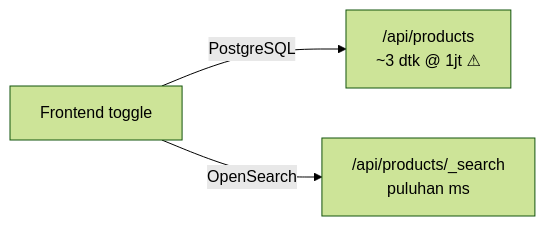
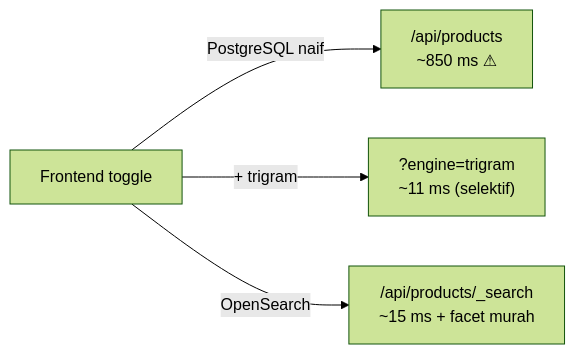
Before and after one commit to ProgrammerZamanNow/cqrs-demo: the ninth of 9 diagrams in SLIDE.md, drawn with Mermaid (forest theme). The commit also changed other lines of this file and 11 other files, not shown here.

First line of the commit message:
feat: PostgreSQL trigram engine, facet toggle & 3-engine compare

````diff
--- a/SLIDE.md
+++ b/SLIDE.md
@@ -306,6 +395,7 @@
 ```mermaid
 flowchart LR
     FE[Frontend toggle]
-    FE -->|PostgreSQL| PG["/api/products<br/>~3 dtk @ 1jt ⚠"]
-    FE -->|OpenSearch| OS["/api/products/_search<br/>puluhan ms"]
+    FE -->|PostgreSQL naif| PG["/api/products<br/>~850 ms ⚠"]
+    FE -->|+ trigram| TG["?engine=trigram<br/>~11 ms (selektif)"]
+    FE -->|OpenSearch| OS["/api/products/_search<br/>~15 ms + facet murah"]
 ```
````
